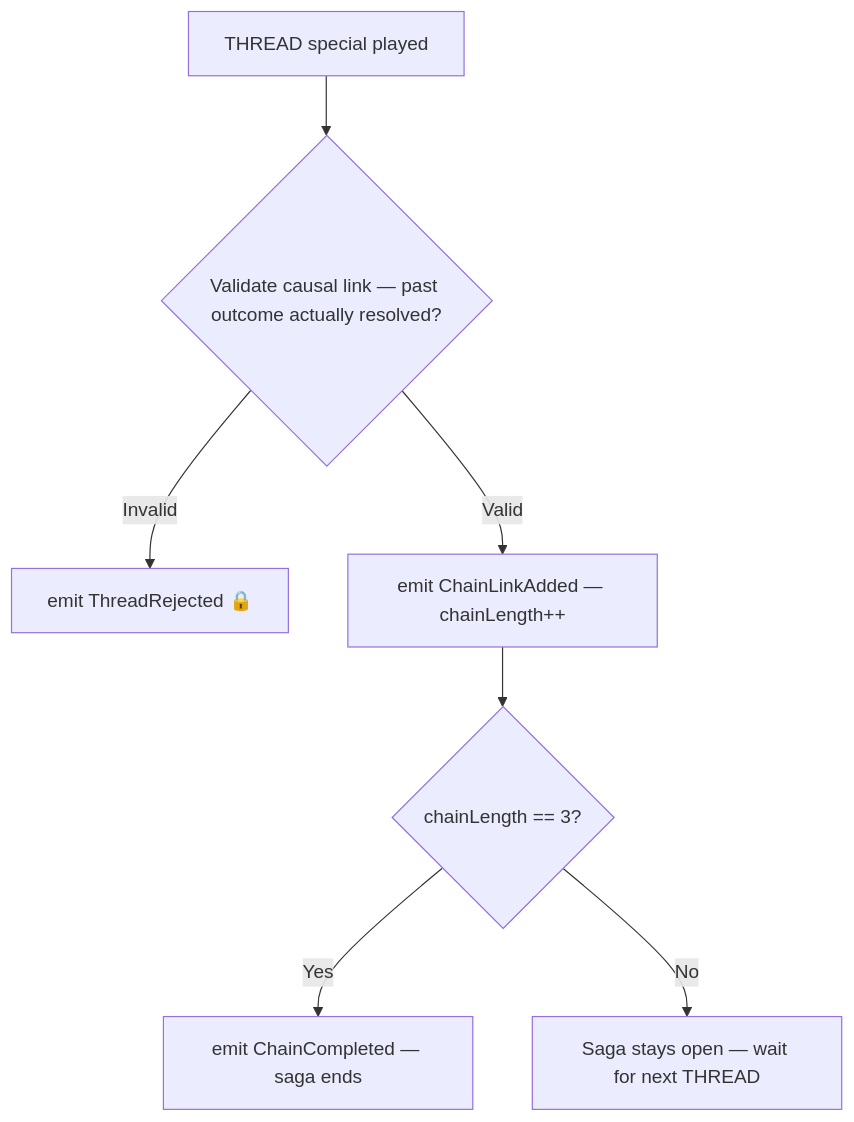
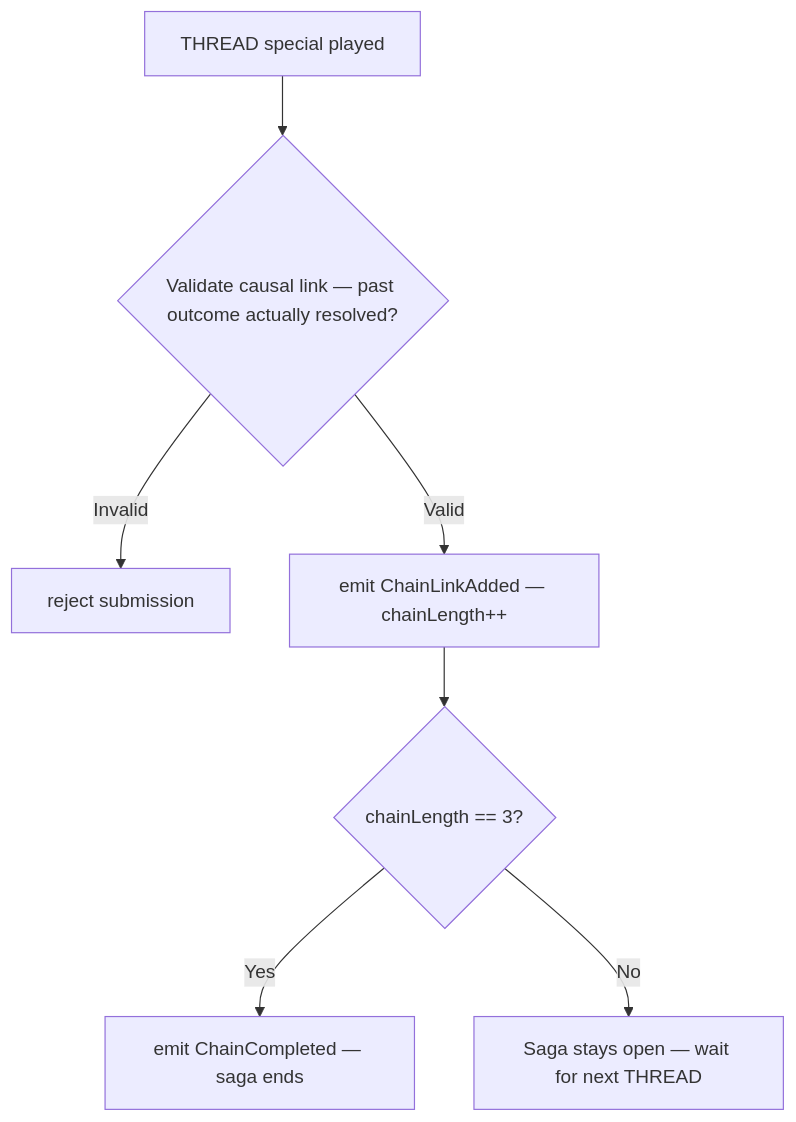
The first of 2 diagrams in sagas/special.mdx (temporal-rift/docs), drawn with Mermaid before and after one commit. The commit also changed other lines of this file and 21 other files, not shown here.

````diff
--- a/sagas/special.mdx
+++ b/sagas/special.mdx
@@ -16,9 +23,9 @@
 ```mermaid
 flowchart TD
   A[THREAD special played] --> B{Validate causal link — past outcome actually resolved?}
-  B -->|Invalid| C[emit ThreadRejected 🔒]
+  B -->|Invalid| C[reject submission]
   B -->|Valid| D[emit ChainLinkAdded — chainLength++]
   D --> E{chainLength == 3?}
   E -->|Yes| F[emit ChainCompleted — saga ends]
   E -->|No| G[Saga stays open — wait for next THREAD]
 ```
````
